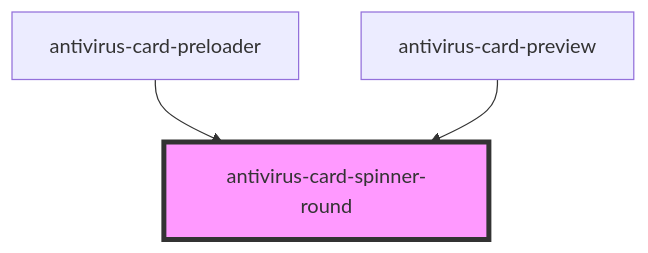
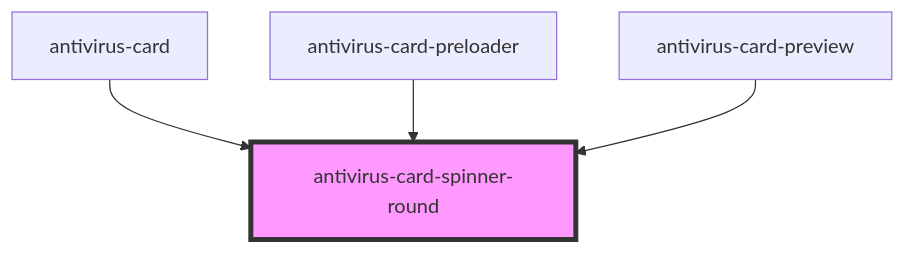
Before and after one commit to ispsystem/plugin-imunify: the diagram in client/packages/antivirus-card/src/components/spinner-round/readme.md, drawn with Mermaid. The commit also changed other lines of this file and 3 other files, not shown here.

First line of the commit message:
feat(antivirus-card): 🌟 add data loading indicator

````diff
--- a/client/packages/antivirus-card/src/components/spinner-round/readme.md
+++ b/client/packages/antivirus-card/src/components/spinner-round/readme.md
@@ -24,6 +26,7 @@
 ```mermaid
 graph TD;
+  antivirus-card --> antivirus-card-spinner-round
   antivirus-card-preloader --> antivirus-card-spinner-round
   antivirus-card-preview --> antivirus-card-spinner-round
   style antivirus-card-spinner-round fill:#f9f,stroke:#333,stroke-width:4px
 ```
````
